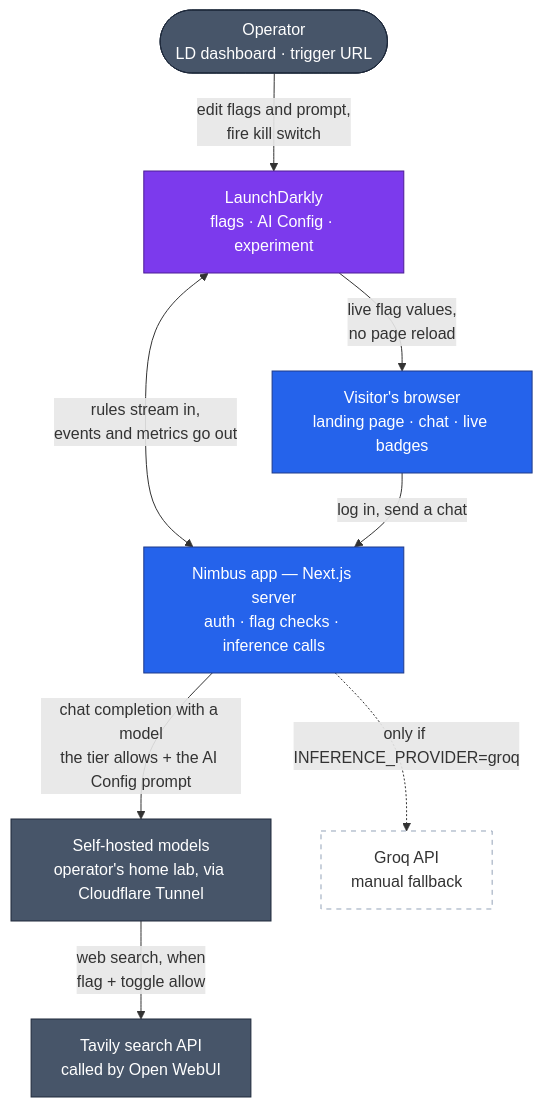
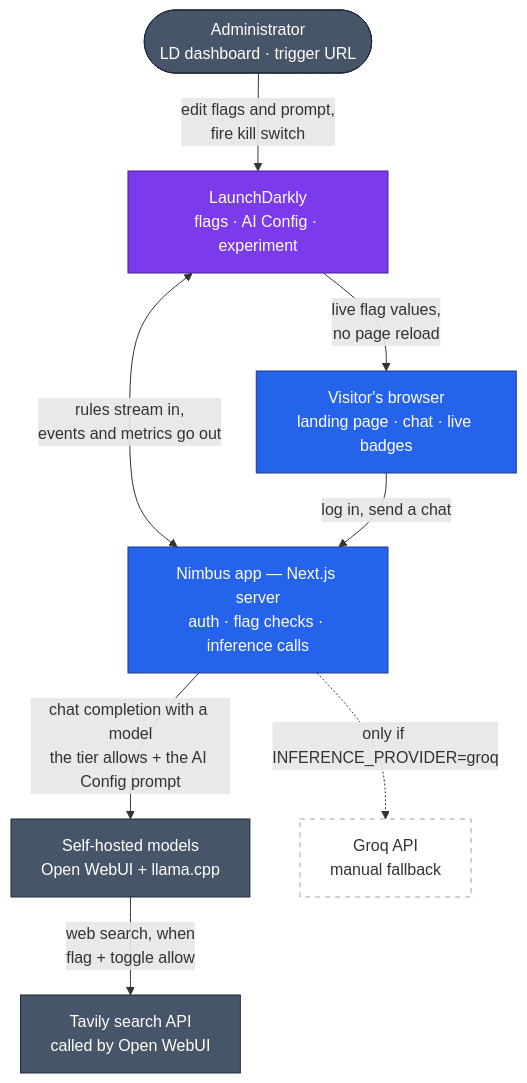
One commit to hiddenintel-rc/nimbus-ai-sample changed the second of 6 diagrams in docs/ARCHITECTURE.md. Above: the diagram before and after it, drawn with Mermaid. The commit also changed other lines of this file and 3 other files, not shown here.

````diff
--- a/docs/ARCHITECTURE.md
+++ b/docs/ARCHITECTURE.md
@@ -78,26 +69,26 @@
 ```mermaid
 flowchart TB
     accTitle: Nimbus system overview
-    accDescr: The operator controls LaunchDarkly from its dashboard. LaunchDarkly streams live flag values to the visitor's browser and flag rules to the Nimbus app, which sends events and metrics back. The browser sends logins and chats to the Nimbus app, which calls a self-hosted model backend; that backend can run a Tavily web search when the flags allow it. Groq is an inactive fallback.
+    accDescr: The administrator controls LaunchDarkly from its dashboard. LaunchDarkly streams live flag values to the visitor's browser and flag rules to the Nimbus app, which sends events and metrics back. The browser sends logins and chats to the Nimbus app, which calls a self-hosted model backend; that backend can run a Tavily web search when the flags allow it. Groq is an inactive fallback.
 
-    Operator(["Operator<br/>LD dashboard · trigger URL"]):::ext
+    Admin(["Administrator<br/>LD dashboard · trigger URL"]):::ext
     LD["LaunchDarkly<br/>flags · AI Config · experiment"]:::ld
     Visitor["Visitor's browser<br/>landing page · chat · live badges"]:::nimbus
     App["Nimbus app — Next.js server<br/>auth · flag checks · inference calls"]:::nimbus
-    Models["Self-hosted models<br/>operator's home lab, via Cloudflare Tunnel"]:::ext
+    Models["Self-hosted models<br/>Open WebUI + llama.cpp"]:::ext
     Tavily["Tavily search API<br/>called by Open WebUI"]:::ext
     Groq["Groq API<br/>manual fallback"]:::off
 
-    Operator -->|"edit flags and prompt,<br/>fire kill switch"| LD
+    Admin -->|"edit flags and prompt,<br/>fire kill switch"| LD
     LD -->|"live flag values,<br/>no page reload"| Visitor
     LD <-->|"rules stream in,<br/>events and metrics go out"| App
     Visitor -->|"log in, send a chat"| App
     App -->|"chat completion with a model<br/>the tier allows + the AI Config prompt"| Models
     App -.->|"only if INFERENCE_PROVIDER=groq"| Groq
     Models -->|"web search, when<br/>flag + toggle allow"| Tavily
 
     classDef nimbus fill:#2563eb,stroke:#1e3a8a,color:#fff
     classDef ld fill:#7c3aed,stroke:#4c1d95,color:#fff
     classDef ext fill:#475569,stroke:#1e293b,color:#fff
     classDef off fill:none,stroke:#94a3b8,stroke-dasharray:5 5
 ```
````
